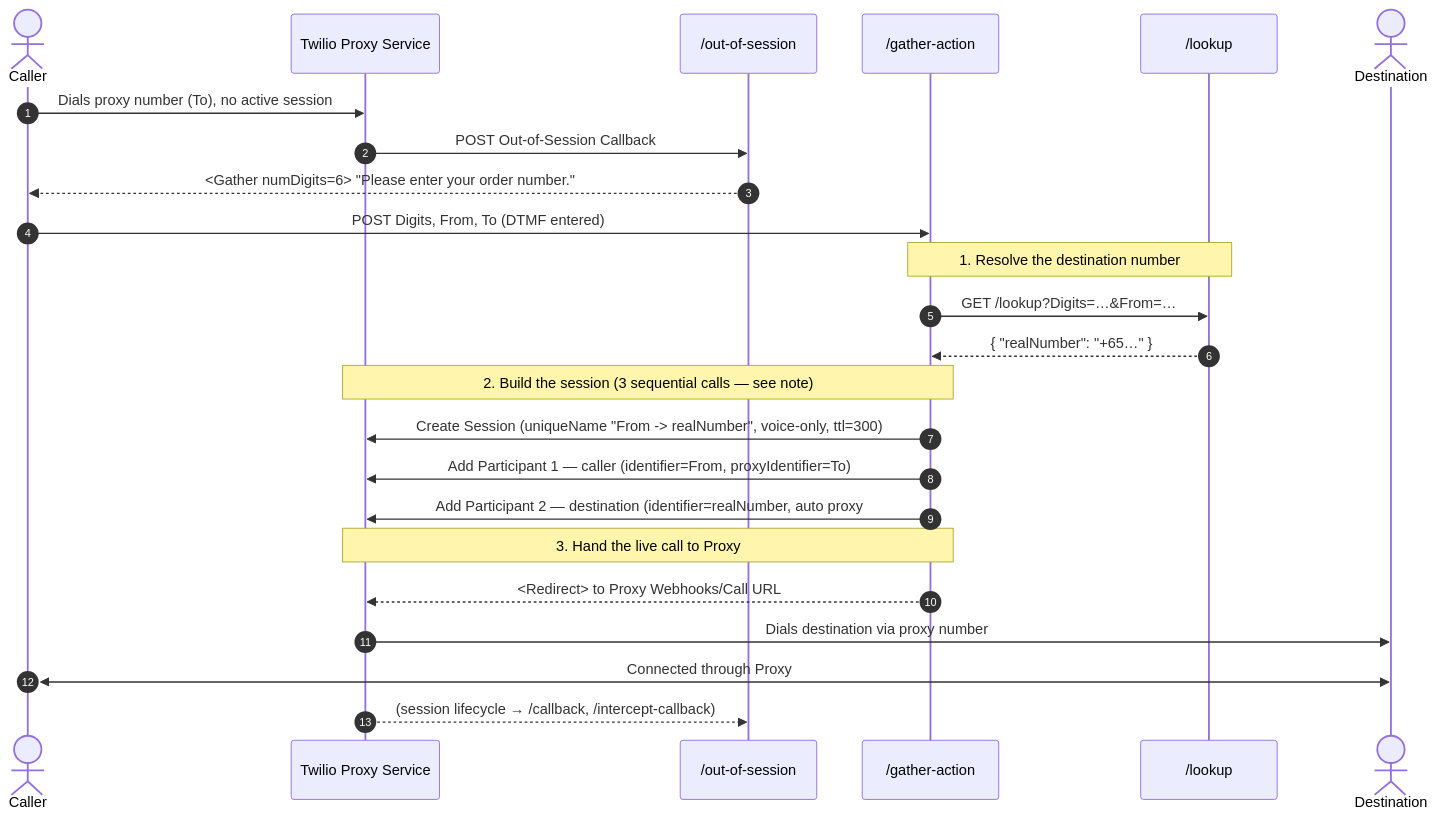
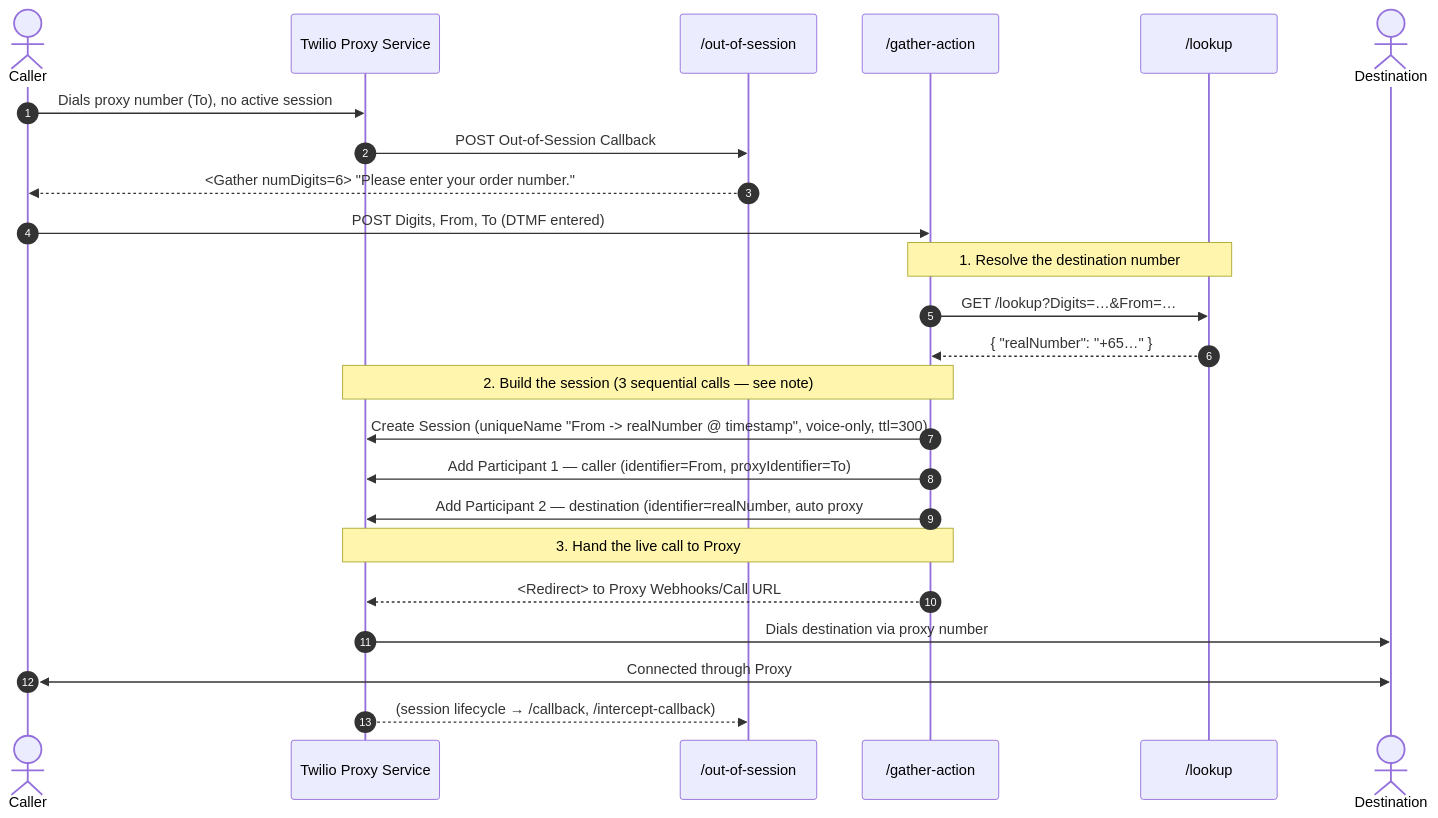
One commit to leroychan/twilio-proxy-single-participant-workflow changed the second of 3 diagrams in README.md. Above: the diagram before and after it, drawn with Mermaid. The commit also changed other lines of this file and 9 other files, not shown here.

First line of the commit message:
Add signature-validated callback with session auto-close; bidirectional lookup; unique session names

````diff
--- a/README.md
+++ b/README.md
@@ -83,32 +83,32 @@
 ```mermaid
 sequenceDiagram
     autonumber
     actor Caller
     participant Proxy as Twilio Proxy Service
     participant OOS as /out-of-session
     participant GA as /gather-action
     participant LK as /lookup
     actor Dest as Destination
 
     Caller->>Proxy: Dials proxy number (To), no active session
     Proxy->>OOS: POST Out-of-Session Callback
     OOS-->>Caller: <Gather numDigits=6> "Please enter your order number."
 
     Caller->>GA: POST Digits, From, To (DTMF entered)
 
     Note over GA,LK: 1. Resolve the destination number
     GA->>LK: GET /lookup?Digits=…&From=…
     LK-->>GA: { "realNumber": "+65…" }
 
     Note over GA,Proxy: 2. Build the session (3 sequential calls — see note)
-    GA->>Proxy: Create Session (uniqueName "From -> realNumber", voice-only, ttl=300)
+    GA->>Proxy: Create Session (uniqueName "From -> realNumber @ timestamp", voice-only, ttl=300)
     GA->>Proxy: Add Participant 1 — caller (identifier=From, proxyIdentifier=To)
     GA->>Proxy: Add Participant 2 — destination (identifier=realNumber, auto proxy #)
 
     Note over GA,Proxy: 3. Hand the live call to Proxy
     GA-->>Proxy: <Redirect> to Proxy Webhooks/Call URL
     Proxy->>Dest: Dials destination via proxy number
     Caller<<->>Dest: Connected through Proxy
 
     Proxy-->>OOS: (session lifecycle → /callback, /intercept-callback)
 ```
````
